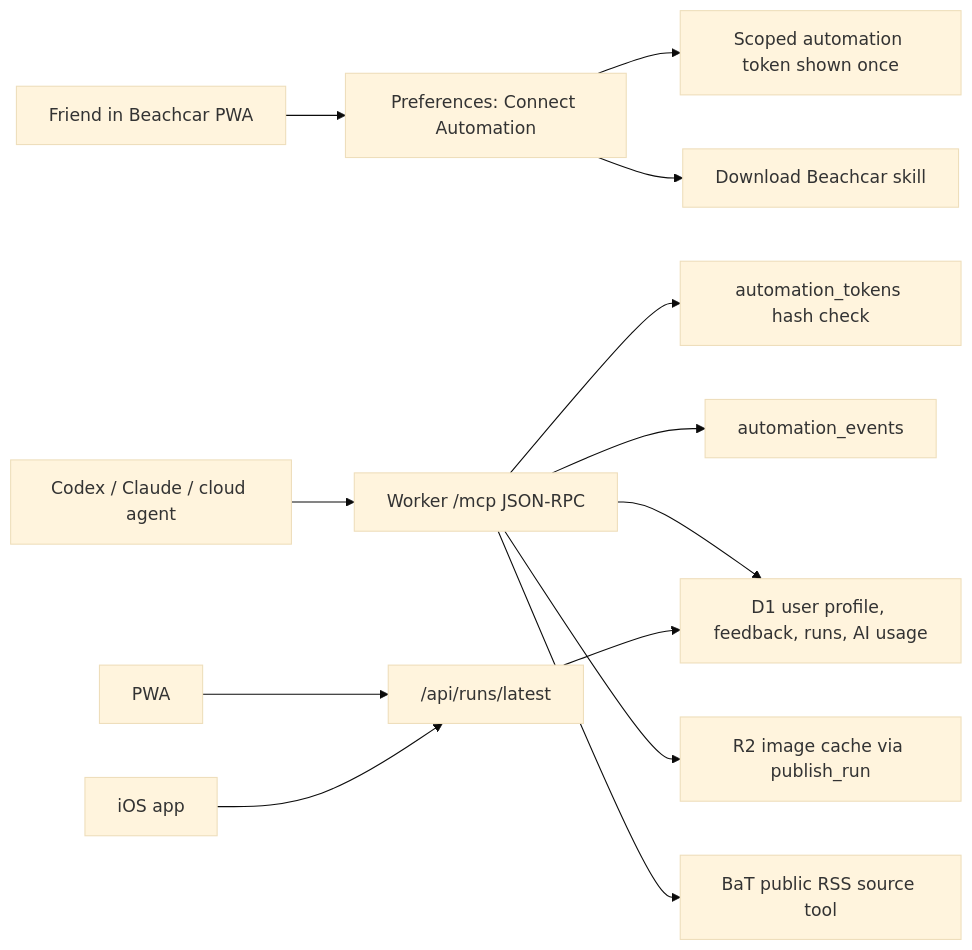
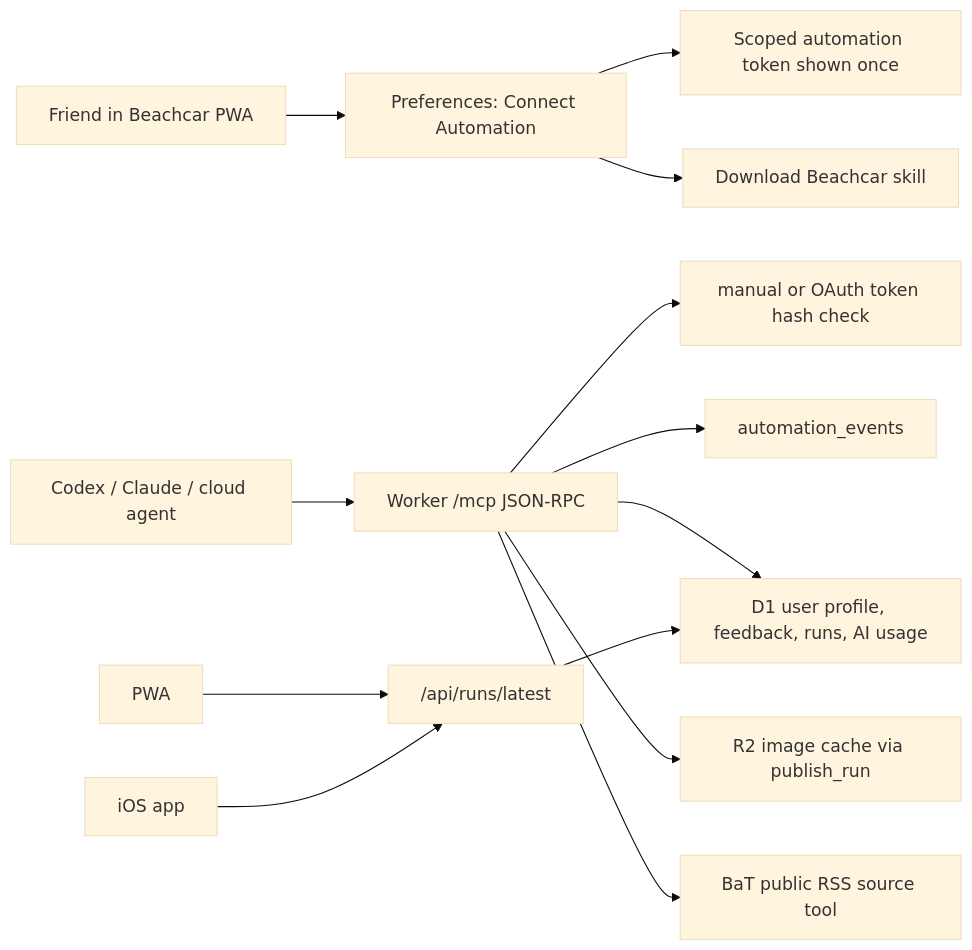
Before and after one commit to joncooper/beachcar: the diagram in docs/remote-mcp-friend-automation.md, drawn with Mermaid (base theme). The commit also changed other lines of this file and 10 other files, not shown here.

````diff
--- a/docs/remote-mcp-friend-automation.md
+++ b/docs/remote-mcp-friend-automation.md
@@ -13,15 +13,15 @@
 ```mermaid
 flowchart LR
   Friend["Friend in Beachcar PWA"] --> Settings["Preferences: Connect Automation"]
   Settings --> Token["Scoped automation token shown once"]
   Settings --> Skill["Download Beachcar skill"]
   Agent["Codex / Claude / cloud agent"] --> MCP["Worker /mcp JSON-RPC"]
-  MCP --> Auth["automation_tokens hash check"]
+  MCP --> Auth["manual or OAuth token hash check"]
   MCP --> Events["automation_events"]
   MCP --> D1["D1 user profile, feedback, runs, AI usage"]
   MCP --> R2["R2 image cache via publish_run"]
   MCP --> BaT["BaT public RSS source tool"]
   Web["PWA"] --> Latest["/api/runs/latest"]
   iOS["iOS app"] --> Latest
   Latest --> D1
 ```
````
